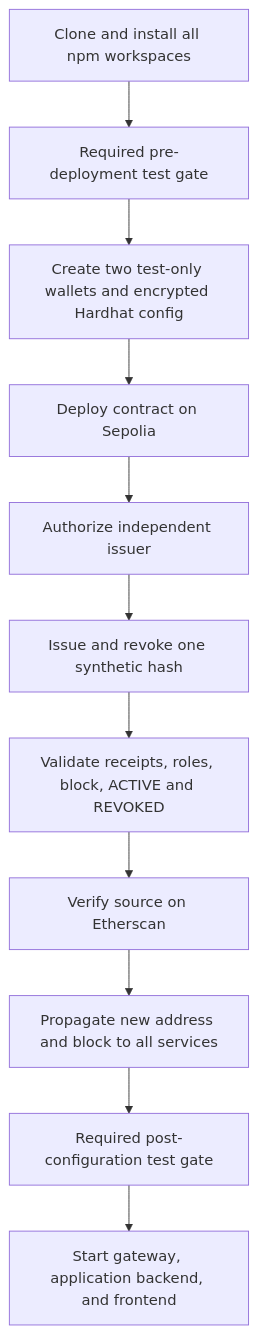
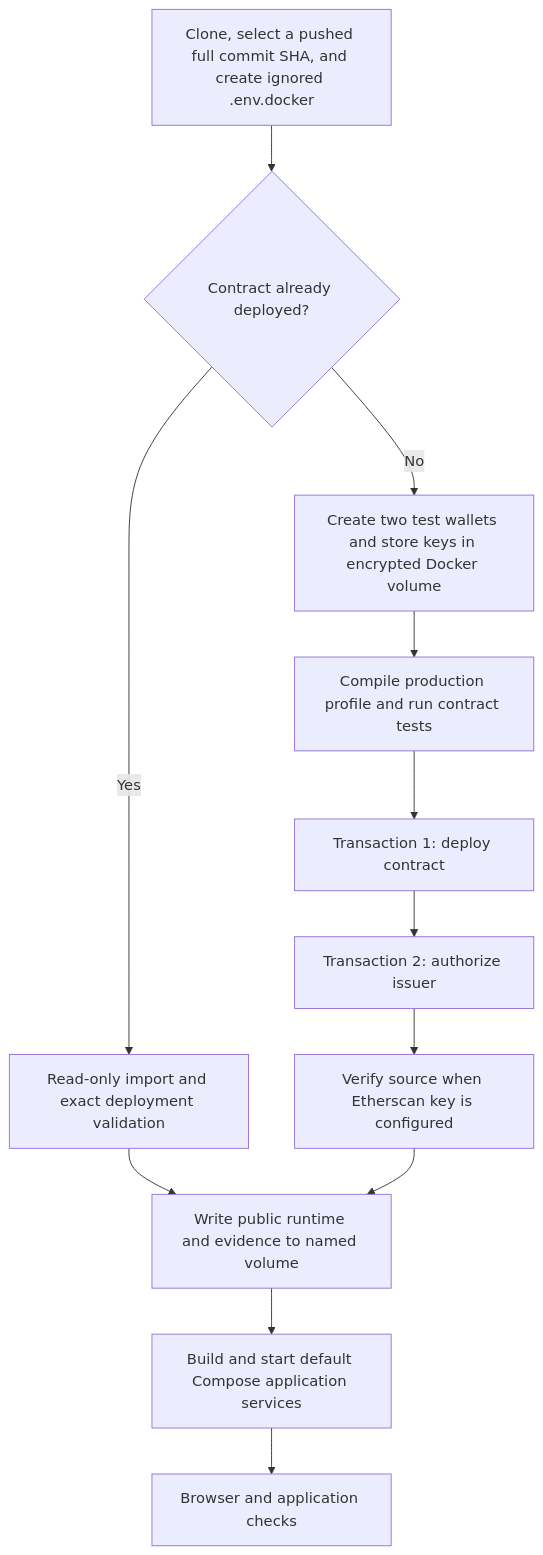
The seventh of 7 diagrams in docs/system-architecture.md (prabinpkrl/pramaan-chain-smart-contracts), drawn with Mermaid before and after one commit. The commit also changed other lines of this file and 38 other files, not shown here.

Commit message:
feat: harden Docker deployment workflow

````diff
--- a/docs/system-architecture.md
+++ b/docs/system-architecture.md
@@ -688,13 +715,14 @@
 ```mermaid
 flowchart TD
-    CLONE["Clone and install all npm workspaces"] --> TEST1["Required pre-deployment test gate"]
-    TEST1 --> KEYS["Create two test-only wallets and encrypted Hardhat config"]
-    KEYS --> DEPLOY["Deploy contract on Sepolia"]
-    DEPLOY --> AUTH["Authorize independent issuer"]
-    AUTH --> LIFE["Issue and revoke one synthetic hash"]
-    LIFE --> CHECK["Validate receipts, roles, block, ACTIVE and REVOKED"]
-    CHECK --> VERIFY["Verify source on Etherscan"]
-    VERIFY --> CONFIG["Propagate new address and block to all services"]
-    CONFIG --> TEST2["Required post-configuration test gate"]
-    TEST2 --> RUN["Start gateway, application backend, and frontend"]
+    CLONE["Clone, select a pushed full commit SHA, and create ignored .env.docker"] --> CHOOSE{"Contract already deployed?"}
+    CHOOSE -->|"Yes"| IMPORT["Read-only import and exact deployment validation"]
+    CHOOSE -->|"No"| KEYS["Create two test wallets and store keys in encrypted Docker volume"]
+    KEYS --> TEST1["Compile production profile and run contract tests"]
+    TEST1 --> DEPLOY["Transaction 1: deploy contract"]
+    DEPLOY --> AUTH["Transaction 2: authorize issuer"]
+    AUTH --> VERIFY["Verify source when Etherscan key is configured"]
+    IMPORT --> RUNTIME["Write public runtime and evidence to named volume"]
+    VERIFY --> RUNTIME
+    RUNTIME --> RUN["Build and start default Compose application services"]
+    RUN --> UX["Browser and application checks"]
 ```
````
